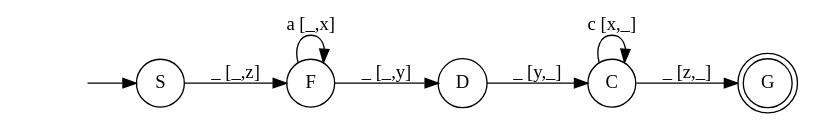
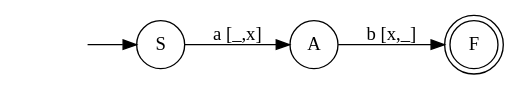
The diagram in Automate Picture/AutomataPicture.dot (arjen0203/AutomataReader), drawn with Graphviz before and after one commit. The commit also changed 11 other files, not shown here.

```diff
--- a/Automate Picture/AutomataPicture.dot
+++ b/Automate Picture/AutomataPicture.dot
@@ -1,17 +1,11 @@
 digraph myAutomaton { 
 rankdir=LR; 
 "" [shape=none] 
 "S" [shape=circle] 
-"C" [shape=circle] 
-"D" [shape=circle] 
-"F" [shape=circle] 
-"G" [shape=doublecircle] 
+"A" [shape=circle] 
+"F" [shape=doublecircle] 
 
 "" -> "S" 
-"S" -> "F" [label="_ [_,z]"] 
-"C" -> "C" [label="c [x,_]"] 
-"C" -> "G" [label="_ [z,_]"] 
-"D" -> "C" [label="_ [y,_]"] 
-"F" -> "F" [label="a [_,x]"] 
-"F" -> "D" [label="_ [_,y]"] 
+"S" -> "A" [label="a [_,x]"] 
+"A" -> "F" [label="b [x,_]"] 
 }
```
